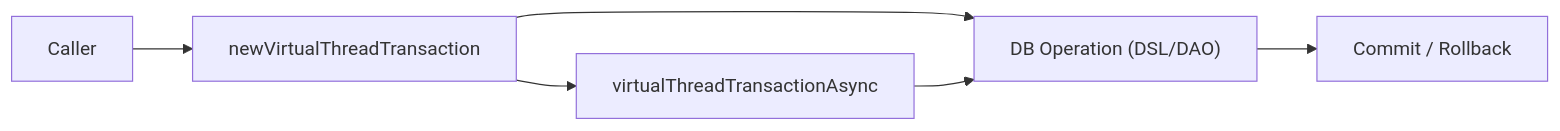
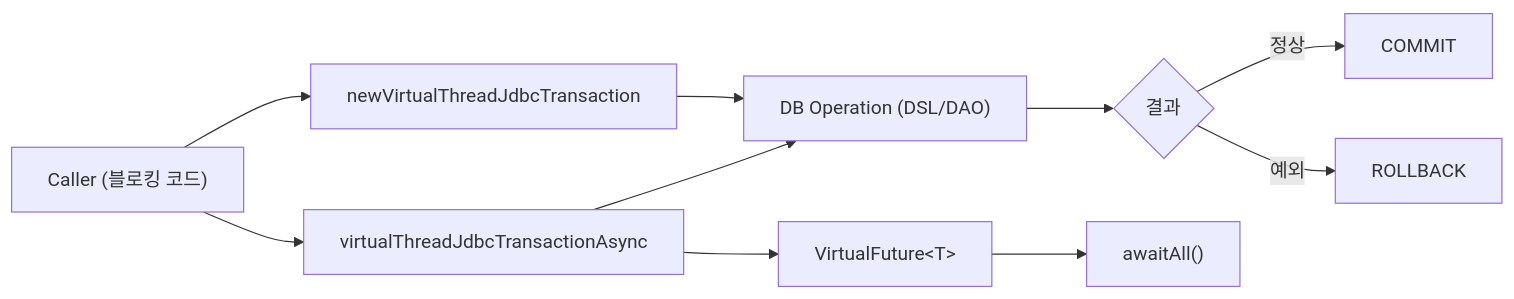
Before and after one commit to bluetape4k/exposed-workshop: the second of 2 diagrams in 08-coroutines/README.md, drawn with Mermaid. The commit also changed other lines of this file and 54 other files, not shown here.

````diff
--- a/08-coroutines/README.md
+++ b/08-coroutines/README.md
@@ -67,8 +71,12 @@
 ```mermaid
 flowchart LR
-    A["Caller"] --> B["newVirtualThreadTransaction"]
-    B --> C["DB Operation (DSL/DAO)"]
-    B --> D["virtualThreadTransactionAsync"]
-    D --> C
-    C --> E["Commit / Rollback"]
+    A["Caller (블로킹 코드)"] --> B["newVirtualThreadJdbcTransaction"]
+    A --> C["virtualThreadJdbcTransactionAsync"]
+    B --> D["DB Operation (DSL/DAO)"]
+    C --> D
+    D --> E{결과}
+    E -->|정상| F["COMMIT"]
+    E -->|예외| G["ROLLBACK"]
+    C --> H["VirtualFuture&lt;T&gt;"]
+    H --> I["awaitAll()"]
 ```
````
